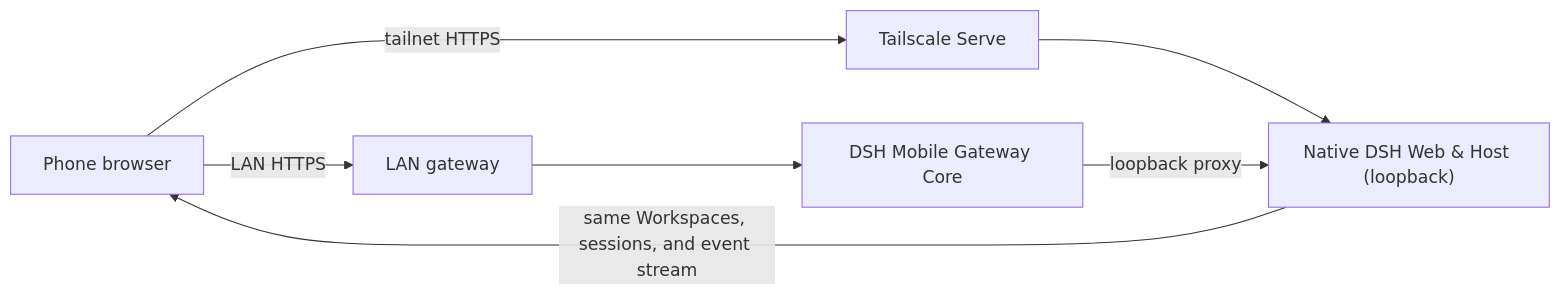
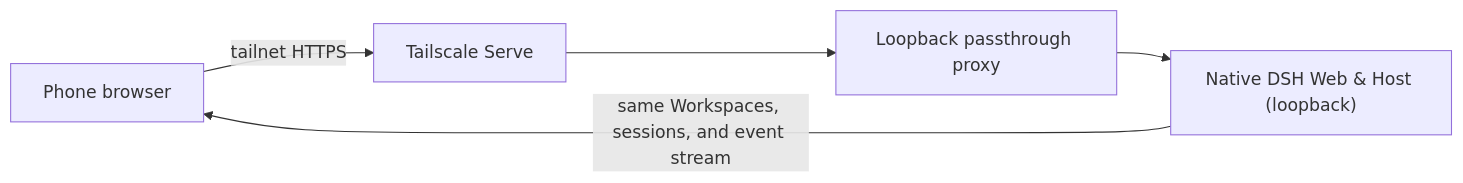
One commit to qiushenjie/dsh-mobile-tailscale changed the diagram in README.en.md. Above: the diagram before and after it, drawn with Mermaid. The commit also changed other lines of this file and 41 other files, not shown here.

````diff
--- a/README.en.md
+++ b/README.en.md
@@ -258,9 +227,7 @@
 ```mermaid
 flowchart LR
-  Phone["Phone browser"] -->|"LAN HTTPS"| Lan["LAN gateway"]
-  Phone -->|"tailnet HTTPS"| Serve["Tailscale Serve"]
-  Lan --> Gateway["DSH Mobile Gateway Core"]
-  Serve --> DSH["Native DSH Web & Host (loopback)"]
-  Gateway -->|"loopback proxy"| DSH
+  Phone["Phone browser"] -->|"tailnet HTTPS"| Serve["Tailscale Serve"]
+  Serve --> Proxy["Loopback passthrough proxy"]
+  Proxy --> DSH["Native DSH Web & Host (loopback)"]
   DSH -->|"same Workspaces, sessions, and event stream"| Phone
 ```
````
